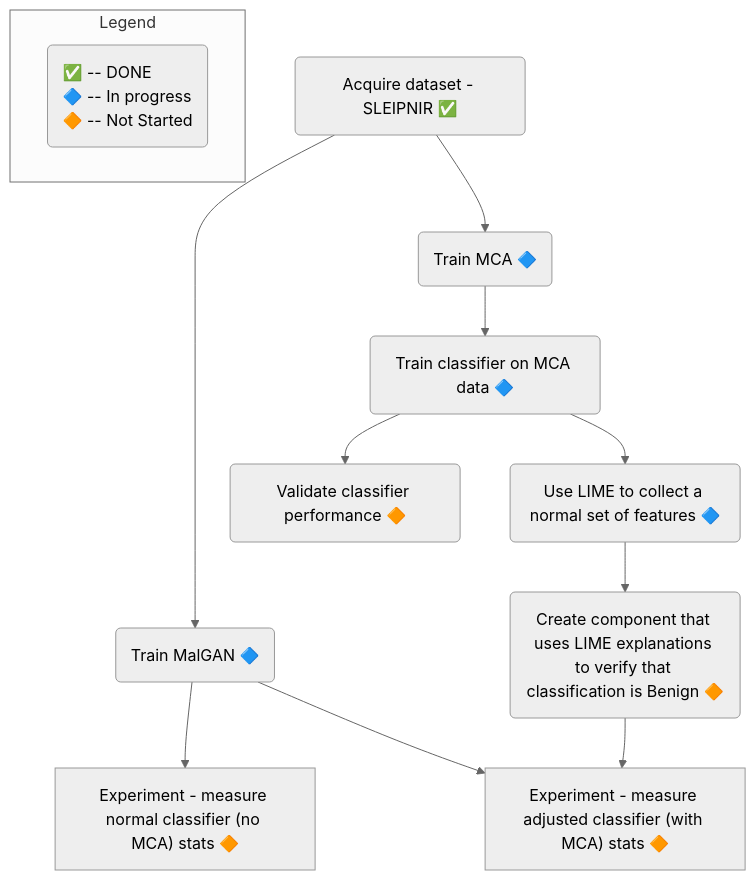
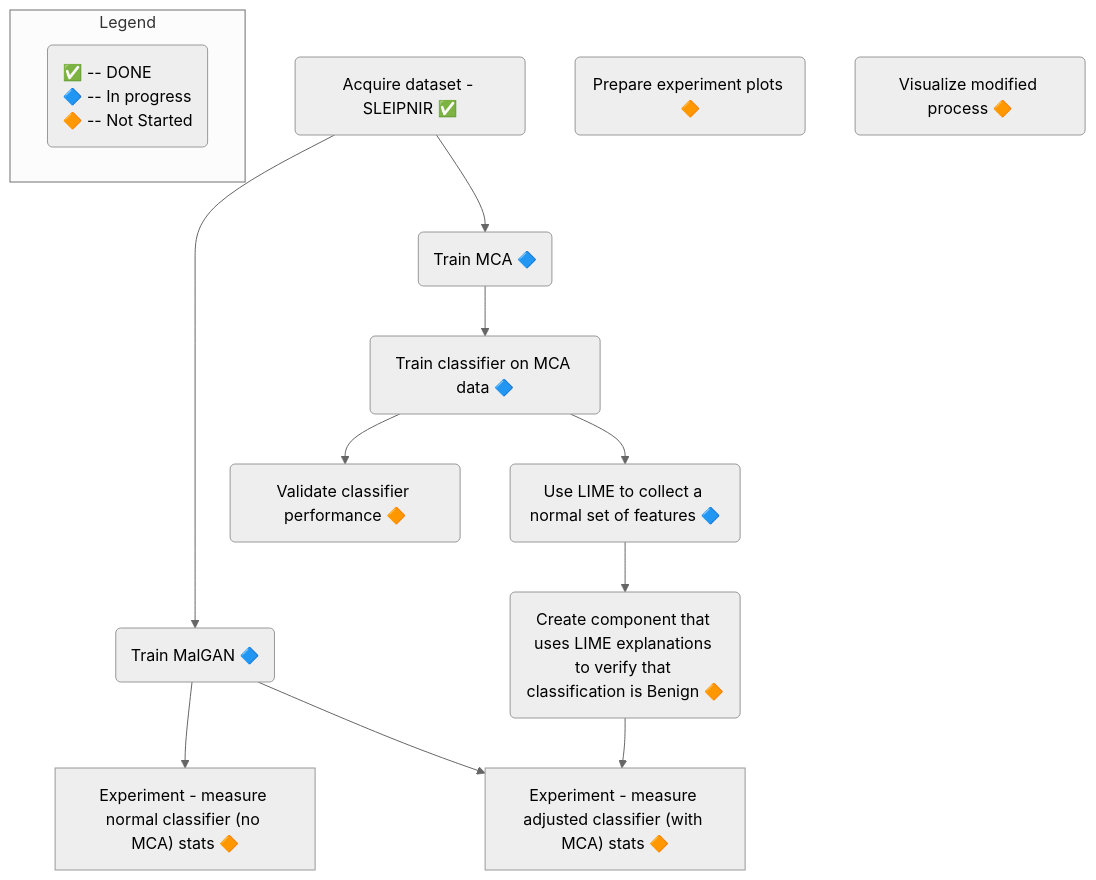
The second of 2 diagrams in README.md (onlyidev/bachelor), drawn with Mermaid (neutral theme) before and after one commit. The commit also changed other lines of this file, not shown here.

````diff
--- a/README.md
+++ b/README.md
@@ -50,31 +54,33 @@
 ```mermaid
 flowchart
 data("Acquire dataset - SLEIPNIR ✅")
 train("Train MalGAN 🔷")
 mca("Train MCA 🔷")
 classify("Train classifier on MCA data 🔷")
 validate("Validate classifier performance 🔶")
 collect("Use LIME to collect a normal set of features 🔷")
 lime("Create component that uses LIME explanations to verify that classification is Benign 🔶")
 exp1["Experiment - measure normal classifier (no MCA) stats 🔶"]
 exp2["Experiment - measure adjusted classifier (with MCA) stats 🔶"]
+plots("Prepare experiment plots 🔶")
+visual("Visualize modified process 🔶")
 
 data --> train
 data --> mca --> classify --> validate
 classify --> collect
 train --> exp1
 train --> exp2
 collect --> lime --> exp2
 
 subgraph Legend
 legend("`
 ✅ -- DONE
 🔷 -- In progress
 🔶 -- Not Started
 `")
 end
 
 classDef left text-align:left;
 class legend left
 
 ```
````
